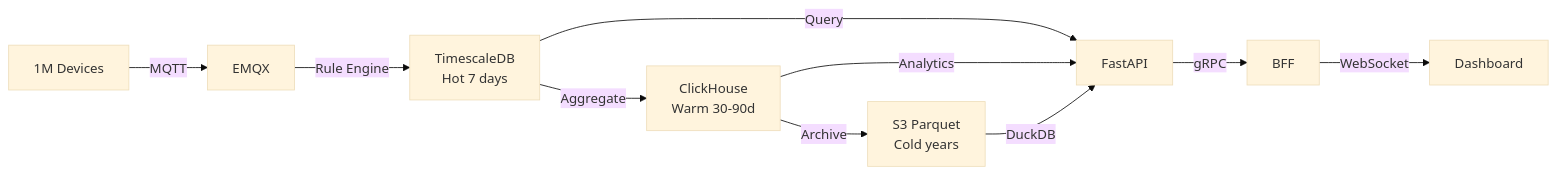
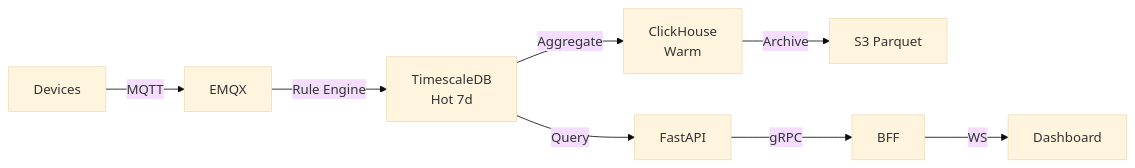
The third of 3 diagrams in _posts/2026/2026-03-30-iot-1m-device-architecture.md (osisdie/osisdie.github.io), drawn with Mermaid (base theme) before and after one commit. The commit also changed other lines of this file and 3 other files, not shown here.

````diff
--- a/_posts/2026/2026-03-30-iot-1m-device-architecture.md
+++ b/_posts/2026/2026-03-30-iot-1m-device-architecture.md
@@ -268,12 +160,10 @@
 ```mermaid
 flowchart LR
-    D[1M Devices] -->|MQTT| E[EMQX]
-    E -->|Rule Engine| H[TimescaleDB<br/>Hot 7 days]
-    H -->|Aggregate| W[ClickHouse<br/>Warm 30-90d]
-    W -->|Archive| C[S3 Parquet<br/>Cold years]
+    D[Devices] -->|MQTT| E[EMQX]
+    E -->|Rule Engine| H[TimescaleDB<br/>Hot 7d]
+    H -->|Aggregate| W[ClickHouse<br/>Warm]
+    W -->|Archive| C[S3 Parquet]
     H -->|Query| A[FastAPI]
-    W -->|Analytics| A
-    C -->|DuckDB| A
     A -->|gRPC| B[BFF]
-    B -->|WebSocket| U[Dashboard]
+    B -->|WS| U[Dashboard]
 ```
````
